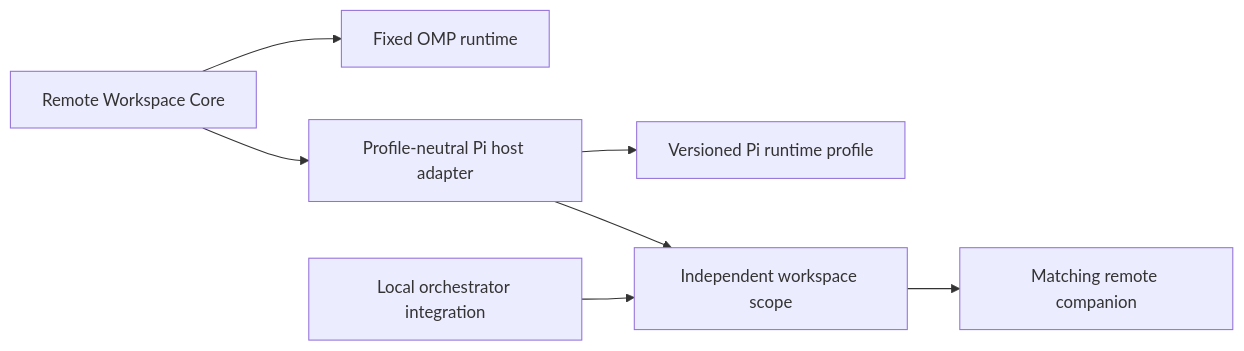
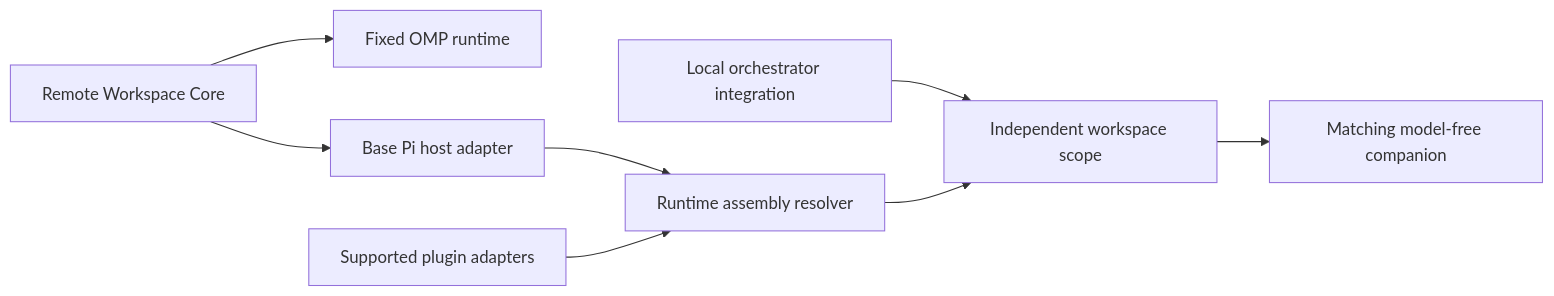
One commit to fuyao66/omp-ssh-remote changed the diagram in README.md. Above: the diagram before and after it, drawn with Mermaid. The commit also changed other lines of this file and 33 other files, not shown here.

First line of the commit message:
refactor(pi): implement dynamic runtime assembly and update AFT adapter to 0.51.3

````diff
--- a/README.md
+++ b/README.md
@@ -57,9 +60,10 @@
 ```mermaid
 flowchart LR
   Core[Remote Workspace Core] --> OMP[Fixed OMP runtime]
-  Core --> PiHost[Profile-neutral Pi host adapter]
-  PiHost --> Profile[Versioned Pi runtime profile]
-  PiHost --> Scope[Independent workspace scope]
-  Integration[Local orchestrator integration] --> Scope
-  Scope --> Companion[Matching remote companion]
+  Core --> PiHost[Base Pi host adapter]
+  PiHost --> Resolver[Runtime assembly resolver]
+  PluginAdapters[Supported plugin adapters] --> Resolver
+  Integration[Local orchestrator integration] --> Scope[Independent workspace scope]
+  Resolver --> Scope
+  Scope --> Companion[Matching model-free companion]
 ```
````
